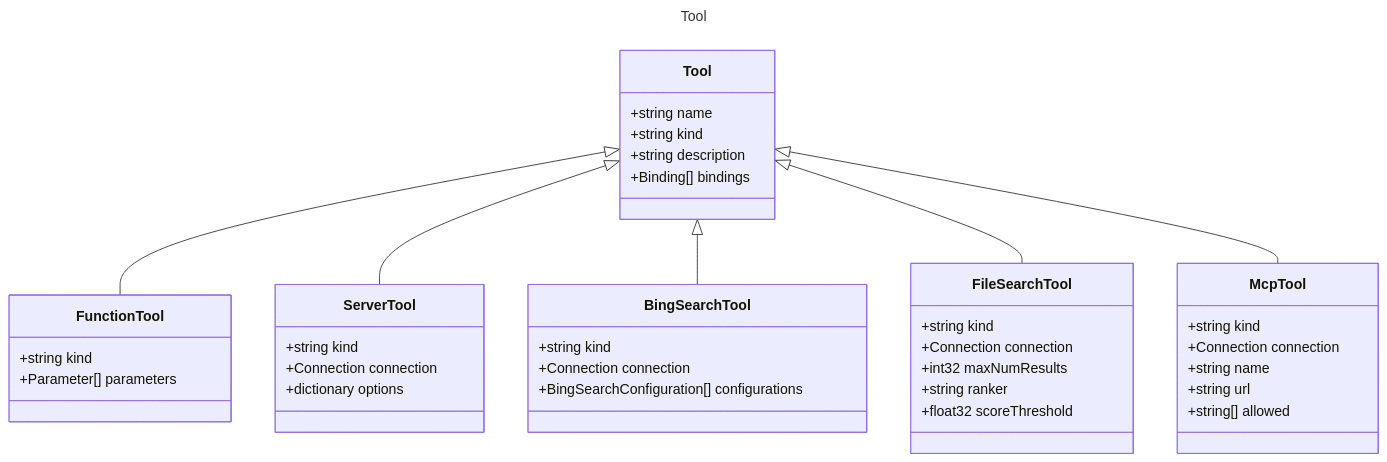
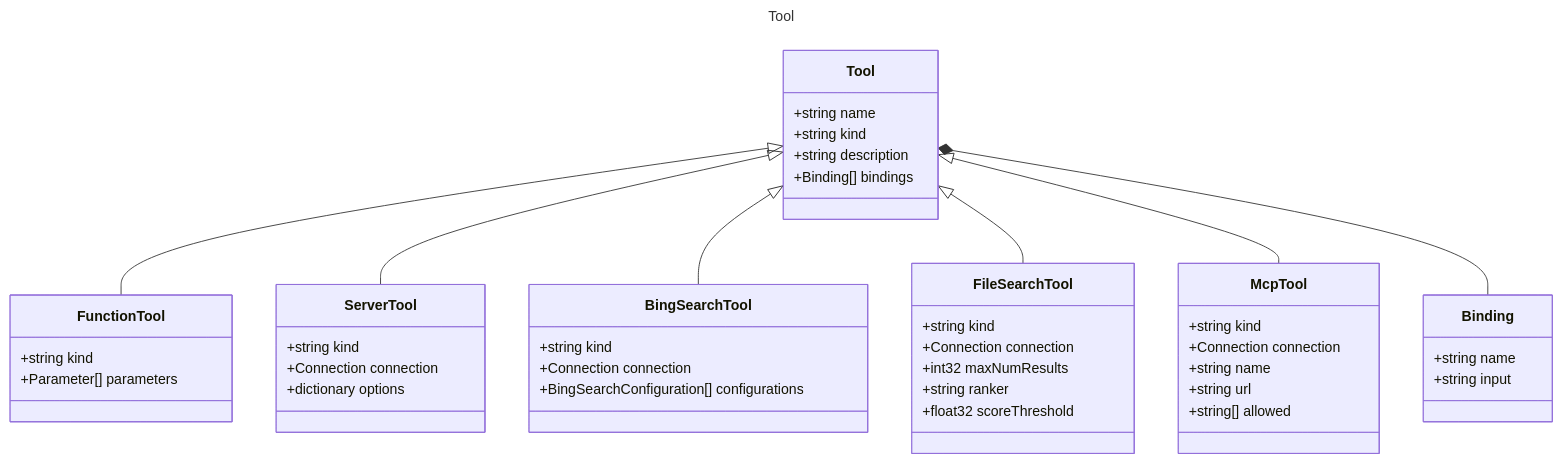
One commit to microsoft/prompty changed the diagram in specification/prompty/docs/Tool.md. Above: the diagram before and after it, drawn with Mermaid. The commit also changed 12 other files, not shown here.

Commit message:
renforced compositional types into diagrams

````diff
--- a/specification/prompty/docs/Tool.md
+++ b/specification/prompty/docs/Tool.md
@@ -7,45 +7,50 @@
 ```mermaid
 ---
 title: Tool
 ---
 classDiagram
     class Tool {
         +string name
         +string kind
         +string description
         +Binding[] bindings
     }
     class FunctionTool {
         +string kind
         +Parameter[] parameters
     }
     Tool <|-- FunctionTool
     class ServerTool {
         +string kind
         +Connection connection
         +dictionary options
     }
     Tool <|-- ServerTool
     class BingSearchTool {
         +string kind
         +Connection connection
         +BingSearchConfiguration[] configurations
     }
     Tool <|-- BingSearchTool
     class FileSearchTool {
         +string kind
         +Connection connection
         +int32 maxNumResults
         +string ranker
         +float32 scoreThreshold
     }
     Tool <|-- FileSearchTool
     class McpTool {
         +string kind
         +Connection connection
         +string name
         +string url
         +string[] allowed
     }
     Tool <|-- McpTool
+    class Binding {
+        +string name
+        +string input
+    }
+    Tool *-- Binding
 ```
````
